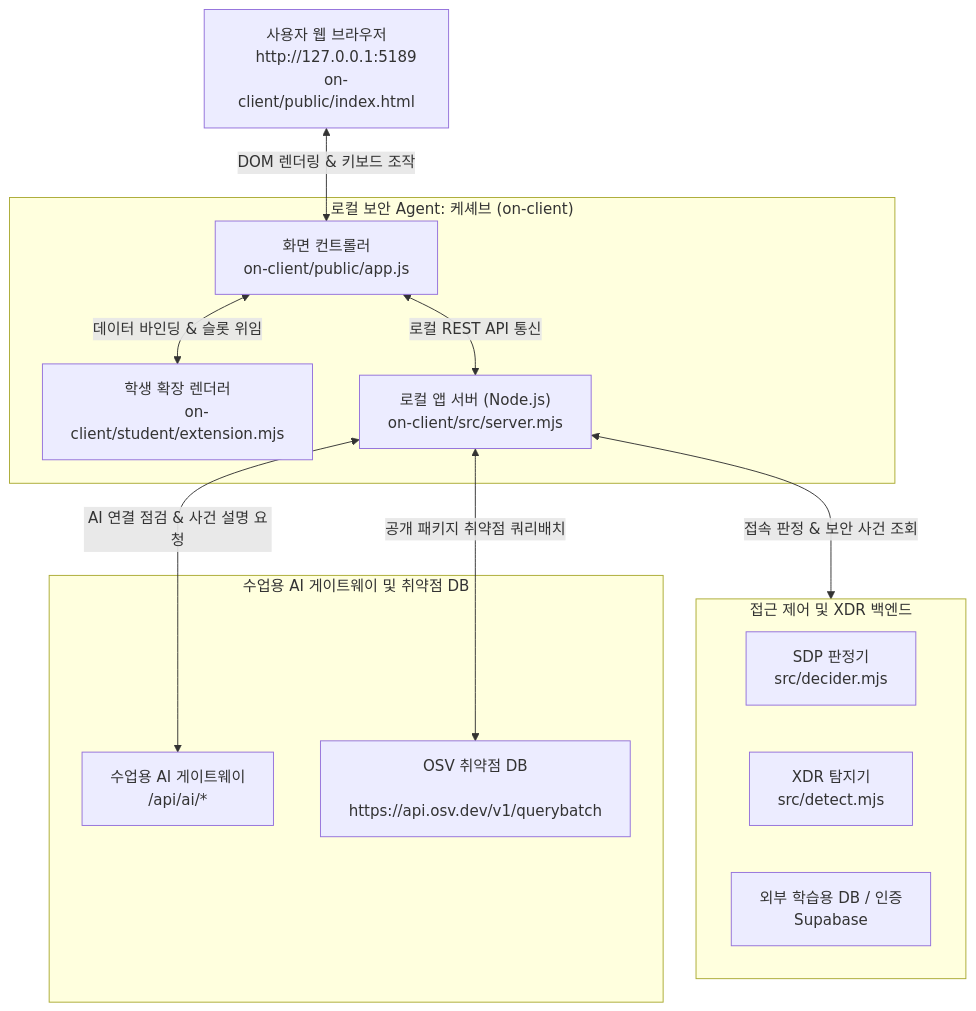
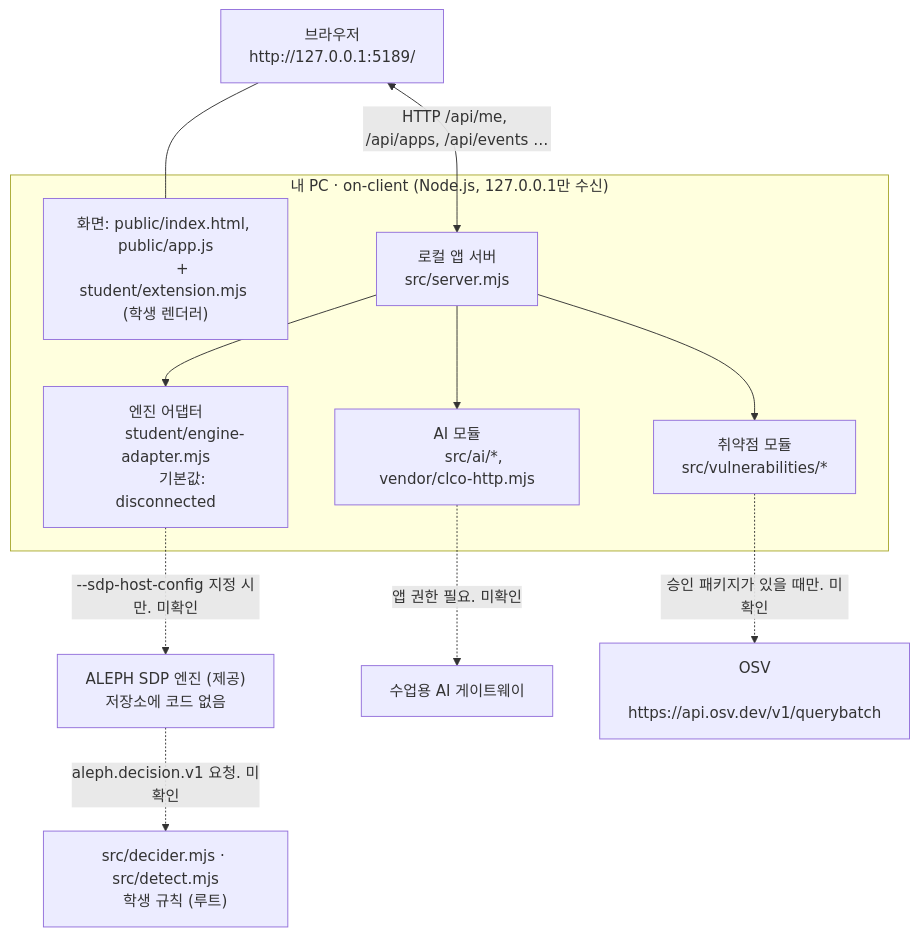
One commit to stulss/choi-bujang-secret-vault changed the diagram in docs/STUDENT_RUNBOOK.md. Above: the diagram before and after it, drawn with Mermaid. The commit also changed other lines of this file and 3 other files, not shown here.

````diff
--- a/docs/STUDENT_RUNBOOK.md
+++ b/docs/STUDENT_RUNBOOK.md
@@ -121,38 +146,37 @@
 ```mermaid
 flowchart TD
-    User["사용자 웹 브라우저
-    http://127.0.0.1:5189
-    on-client/public/index.html"]
+    B["브라우저
+    http://127.0.0.1:5189/"]
 
-    subgraph ClientApp["로컬 보안 Agent: 케셰브 (on-client)"]
-        UI["화면 컨트롤러
-        on-client/public/app.js"]
-        StudentExt["학생 확장 렌더러
-        on-client/student/extension.mjs"]
-        LocalServer["로컬 앱 서버 (Node.js)
-        on-client/src/server.mjs"]
+    subgraph LOCAL["내 PC · on-client (Node.js, 127.0.0.1만 수신)"]
+        PUB["화면: public/index.html, public/app.js
+        + student/extension.mjs (학생 렌더러)"]
+        SRV["로컬 앱 서버
+        src/server.mjs"]
+        ENG["엔진 어댑터
+        student/engine-adapter.mjs
+        기본값: disconnected"]
+        AIM["AI 모듈
+        src/ai/*, vendor/clco-http.mjs"]
+        VUL["취약점 모듈
+        src/vulnerabilities/*"]
     end
 
-    subgraph DefenseBackend["접근 제어 및 XDR 백엔드"]
-        Decider["SDP 판정기
-        src/decider.mjs"]
-        Detector["XDR 탐지기
-        src/detect.mjs"]
-        Database["외부 학습용 DB / 인증
-        Supabase"]
-    end
+    SDP["ALEPH SDP 엔진 (제공)
+    저장소에 코드 없음"]
+    DEC["src/decider.mjs · src/detect.mjs
+    학생 규칙 (루트)"]
+    GW["수업용 AI 게이트웨이"]
+    OSV["OSV
+    https://api.osv.dev/v1/querybatch"]
 
-    subgraph ExternalServices["수업용 AI 게이트웨이 및 취약점 DB"]
-        CLCO["수업용 AI 게이트웨이
-        /api/ai/*"]
-        OSV["OSV 취약점 DB
-        https://api.osv.dev/v1/querybatch"]
-    end
-
-    User <-->|DOM 렌더링 & 키보드 조작| UI
-    UI <-->|데이터 바인딩 & 슬롯 위임| StudentExt
-    UI <-->|로컬 REST API 통신| LocalServer
-    LocalServer <-->|접속 판정 & 보안 사건 조회| DefenseBackend
-    LocalServer <-->|AI 연결 점검 & 사건 설명 요청| CLCO
-    LocalServer <-->|공개 패키지 취약점 쿼리배치| OSV
+    B <-->|"HTTP /api/me, /api/apps, /api/events …"| SRV
+    B --- PUB
+    SRV --> ENG
+    ENG -. "--sdp-host-config 지정 시만. 미확인" .-> SDP
+    SDP -. "aleph.decision.v1 요청. 미확인" .-> DEC
+    SRV --> AIM
+    AIM -. "앱 권한 필요. 미확인" .-> GW
+    SRV --> VUL
+    VUL -. "승인 패키지가 있을 때만. 미확인" .-> OSV
 ```
````
